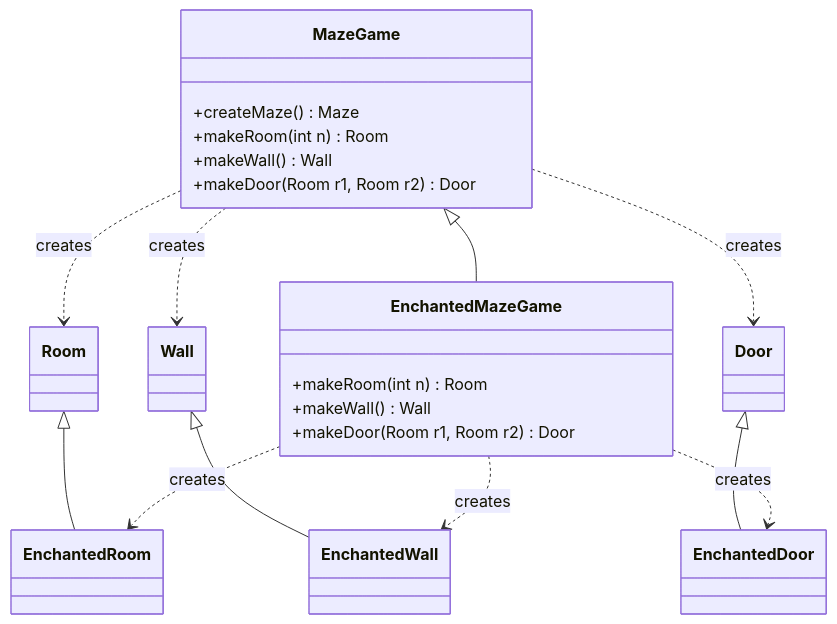
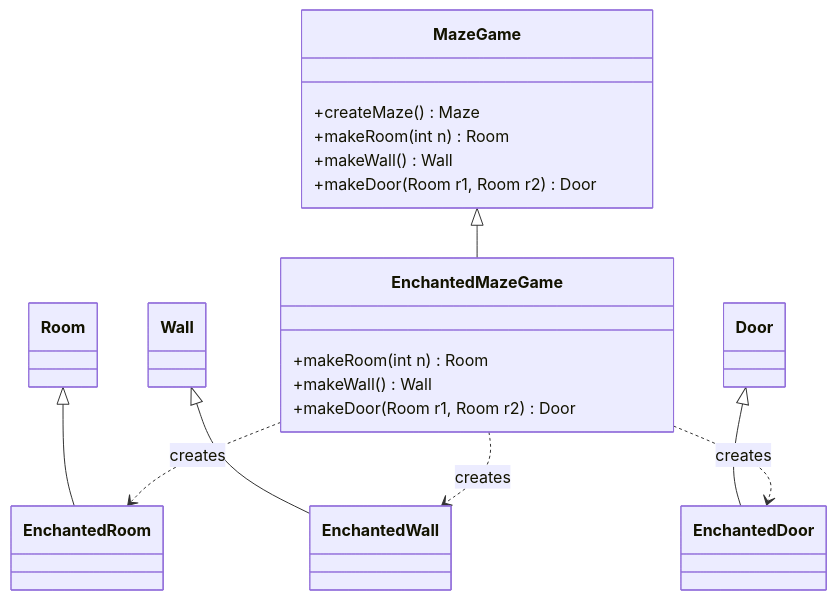
One commit to nlhsueh/teach_sw_fw changed the third of 3 diagrams in Part4_PatternCreation/ch11_fm.md. Above: the diagram before and after it, drawn with Mermaid. The commit also changed other lines of this file and 47 other files, not shown here.

Commit message:
Refactor Chapters 14-17: Localize images, extract code blocks to src, convert PlantUML to Mermaid, and reorganize MLB exercise solution

````diff
--- a/Part4_PatternCreation/ch11_fm.md
+++ b/Part4_PatternCreation/ch11_fm.md
@@ -210,32 +170,29 @@
 ```mermaid
 classDiagram
     class MazeGame {
         +createMaze() Maze
         +makeRoom(int n) Room
         +makeWall() Wall
         +makeDoor(Room r1, Room r2) Door
     }
     class EnchantedMazeGame {
         +makeRoom(int n) Room
         +makeWall() Wall
         +makeDoor(Room r1, Room r2) Door
     }
     class Room
     class EnchantedRoom
     class Wall
     class EnchantedWall
     class Door
     class EnchantedDoor
 
     MazeGame <|-- EnchantedMazeGame
     Room <|-- EnchantedRoom
     Wall <|-- EnchantedWall
     Door <|-- EnchantedDoor
     
-    MazeGame ..> Room : creates
-    MazeGame ..> Wall : creates
-    MazeGame ..> Door : creates
     EnchantedMazeGame ..> EnchantedRoom : creates
     EnchantedMazeGame ..> EnchantedWall : creates
     EnchantedMazeGame ..> EnchantedDoor : creates
 ```
````
